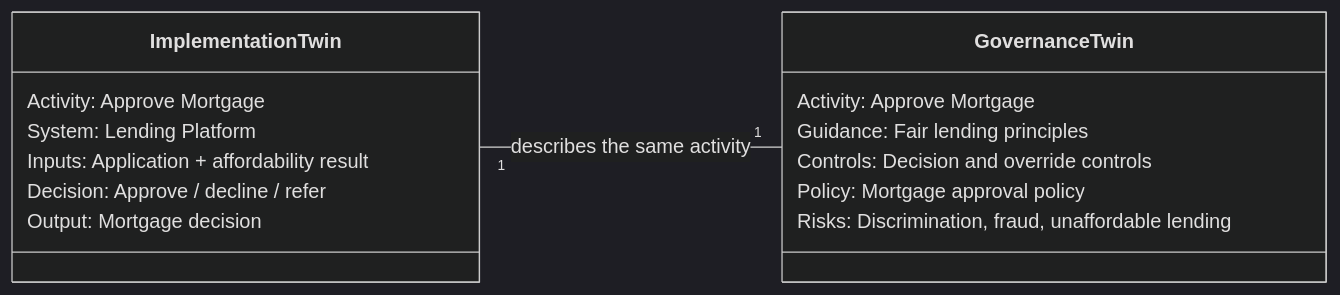
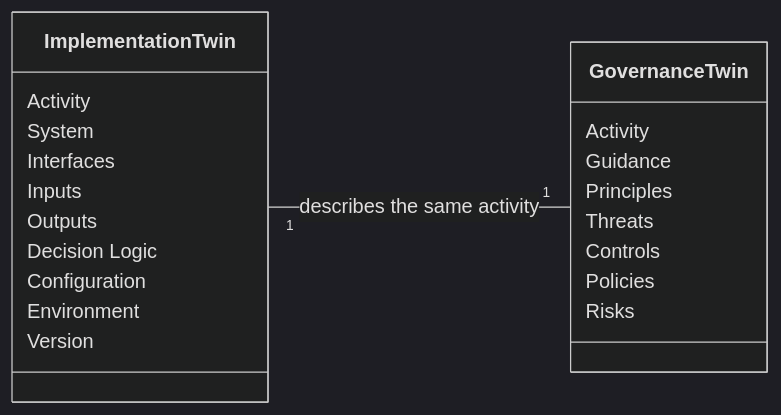
One commit to robmoffat/ten-governance-factors changed the diagram in docs/factors/build-a-governance-twin.mdx. Above: the diagram before and after it, drawn with Mermaid (dark theme). The commit also changed other lines of this file and 2 other files, not shown here.

````diff
--- a/docs/factors/build-a-governance-twin.mdx
+++ b/docs/factors/build-a-governance-twin.mdx
@@ -202,22 +194,30 @@
 ```mermaid
 classDiagram
 direction LR
 
 class ImplementationTwin {
-  Activity: Approve Mortgage
-  System: Lending Platform
-  Inputs: Application + affordability result
-  Decision: Approve / decline / refer
-  Output: Mortgage decision
+  Activity
+  System
+  Interfaces
+  Inputs
+  Outputs
+  Decision Logic
+  Configuration
+  Environment
+  Version
 }
 
 class GovernanceTwin {
-  Activity: Approve Mortgage
-  Guidance: Fair lending principles
-  Controls: Decision and override controls
-  Policy: Mortgage approval policy
-  Risks: Discrimination, fraud, unaffordable lending
+  Activity
+  Guidance
+  Principles
+  Threats
+  Controls
+  Policies
+  Risks
 }
 
+
 ImplementationTwin "1" -- "1" GovernanceTwin : describes the same activity
+
 ```
````
